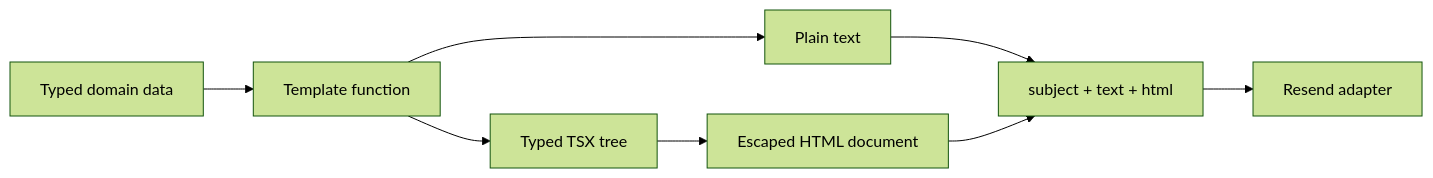
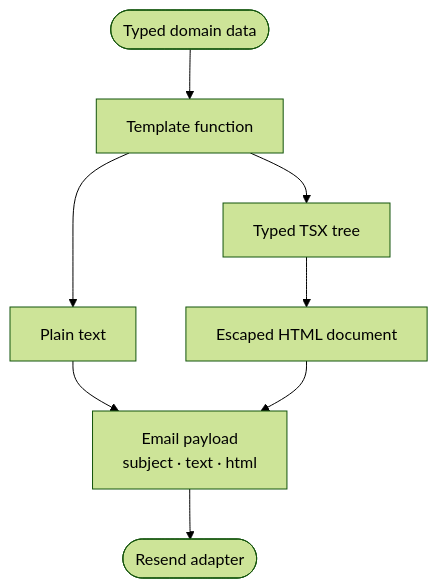
Before and after one commit to ErickCReis/ErickCReis: the diagram in web/content/blog/email-templates-without-a-template-framework.mdx, drawn with Mermaid (forest theme). The commit also changed 23 other files, not shown here.

Commit message:
Polish Mermaid diagrams across blog posts

````diff
--- a/web/content/blog/email-templates-without-a-template-framework.mdx
+++ b/web/content/blog/email-templates-without-a-template-framework.mdx
@@ -20,10 +20,10 @@
 ```mermaid center
-flowchart LR
-  Data["Typed domain data"] --> Renderer["Template function"]
+flowchart TB
+  Data(["Typed domain data"]) --> Renderer["Template function"]
   Renderer --> Text["Plain text"]
   Renderer --> JSX["Typed TSX tree"]
   JSX --> HTML["Escaped HTML document"]
-  Text --> Message["subject + text + html"]
+  Text --> Message["Email payload<br/>subject · text · html"]
   HTML --> Message
-  Message --> Adapter["Resend adapter"]
+  Message --> Adapter(["Resend adapter"])
 ```
````
